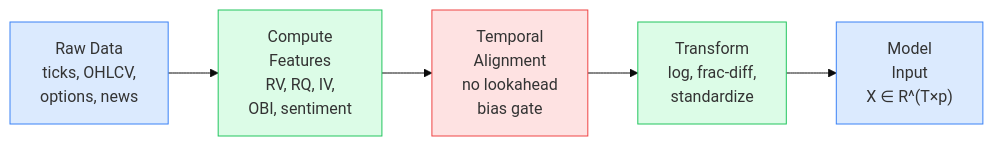
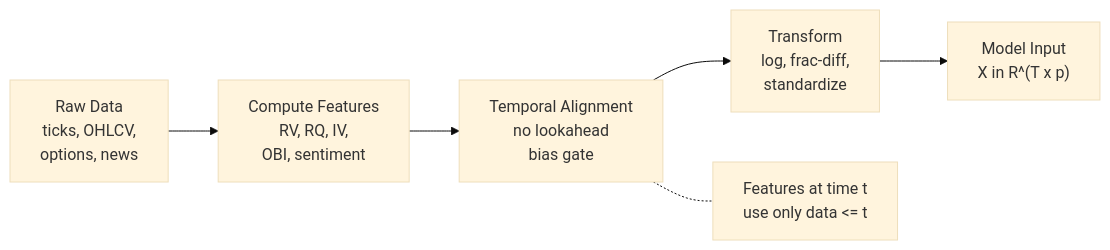
Before and after one commit to xRyann2255/ML-GS: the second of 2 diagrams in vol-learning-guide/markdown/ch10-feature-engineering.md, drawn with Mermaid (base theme). The commit also changed other lines of this file and 19 other files, not shown here.

````diff
--- a/vol-learning-guide/markdown/ch10-feature-engineering.md
+++ b/vol-learning-guide/markdown/ch10-feature-engineering.md
@@ -54,14 +43,8 @@
 ```mermaid
 flowchart LR
-    RAW["Raw Data\nticks, OHLCV,\noptions, news"]:::blue
-    COMP["Compute\nFeatures\nRV, RQ, IV,\nOBI, sentiment"]:::green
-    ALIGN["Temporal\nAlignment\nno lookahead\nbias gate"]:::orange
-    TRANS["Transform\nlog, frac-diff,\nstandardize"]:::green
-    MODEL["Model\nInput\nX ∈ R^(T×p)"]:::blue
-
-    RAW --> COMP --> ALIGN --> TRANS --> MODEL
-
-    classDef blue fill:#dbeafe,stroke:#3b82f6
-    classDef green fill:#dcfce7,stroke:#22c55e
-    classDef orange fill:#fee2e2,stroke:#ef4444
+  raw["Raw Data<br/>ticks, OHLCV,<br/>options, news"] --> compute["Compute Features<br/>RV, RQ, IV,<br/>OBI, sentiment"]
+  compute --> align["Temporal Alignment<br/>no lookahead<br/>bias gate"]
+  align --> transform["Transform<br/>log, frac-diff,<br/>standardize"]
+  transform --> model["Model Input<br/>X in R^(T x p)"]
+  align -.- note["Features at time t<br/>use only data <= t"]
 ```
````
